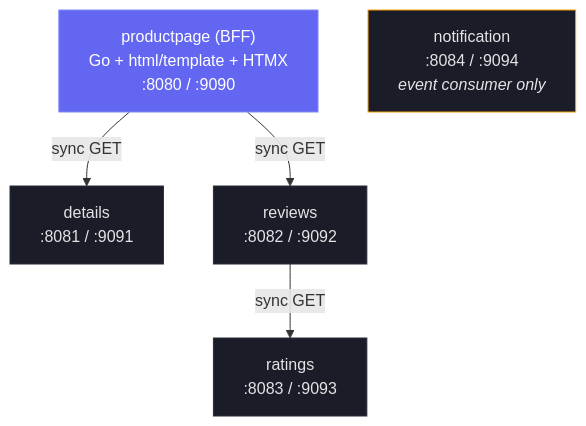
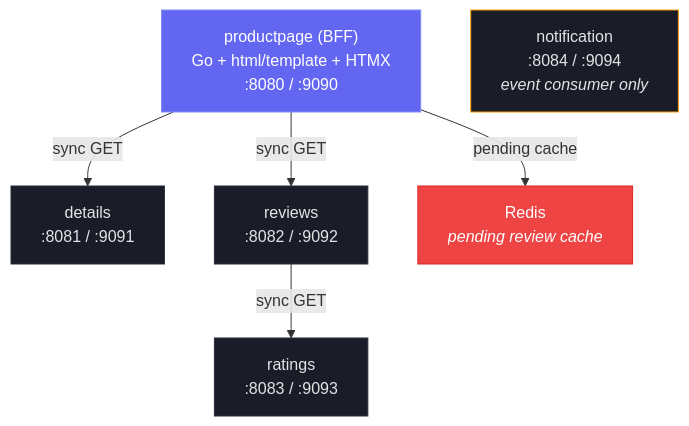
Before and after one commit to kaio6fellipe/event-driven-bookinfo: the first of 3 diagrams in README.md, drawn with Mermaid. The commit also changed other lines of this file and 21 other files, not shown here.

First line of the commit message:
feat: pending review cache with Redis for async UX (#7)

````diff
--- a/README.md
+++ b/README.md
@@ -11,18 +11,21 @@
 ```mermaid
 graph TD
     PP["productpage (BFF)<br/>Go + html/template + HTMX<br/>:8080 / :9090"]
     D["details<br/>:8081 / :9091"]
     R["reviews<br/>:8082 / :9092"]
     RT["ratings<br/>:8083 / :9093"]
     N["notification<br/>:8084 / :9094<br/><i>event consumer only</i>"]
+    Redis["Redis<br/><i>pending review cache</i>"]
 
     PP -->|sync GET| D
     PP -->|sync GET| R
     R -->|sync GET| RT
+    PP -->|"pending cache"| Redis
 
     style PP fill:#6366f1,color:#fff,stroke:#818cf8
     style D fill:#1a1d27,color:#e4e4e7,stroke:#2a2d3a
     style R fill:#1a1d27,color:#e4e4e7,stroke:#2a2d3a
     style RT fill:#1a1d27,color:#e4e4e7,stroke:#2a2d3a
     style N fill:#1a1d27,color:#e4e4e7,stroke:#f59e0b
+    style Redis fill:#ef4444,color:#fff,stroke:#dc2626
 ```
````
